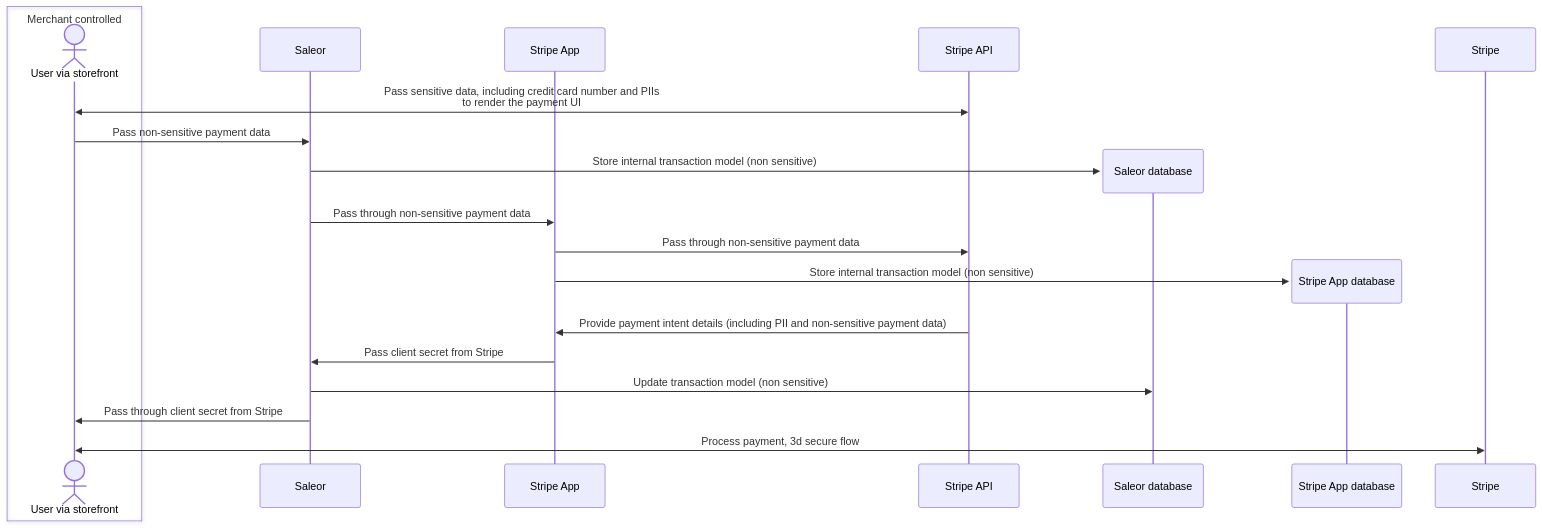
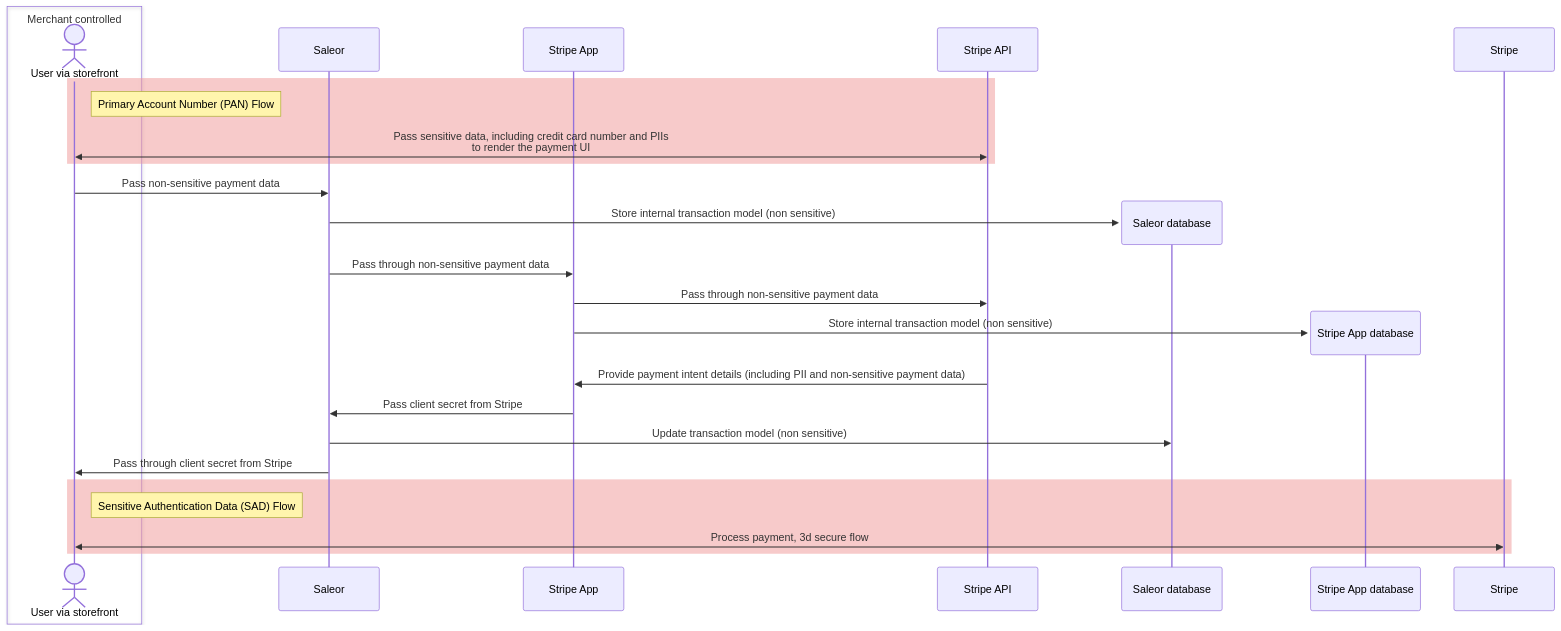
Before and after one commit to saleor/saleor-docs: the diagram in docs/developer/app-store/apps/stripe/pci-dss.mdx, drawn with Mermaid. The commit also changed other lines of this file, not shown here.

Commit message:
cr fixes

````diff
--- a/docs/developer/app-store/apps/stripe/pci-dss.mdx
+++ b/docs/developer/app-store/apps/stripe/pci-dss.mdx
@@ -9,25 +9,32 @@
 ```mermaid
 sequenceDiagram
     box Merchant controlled
     actor User via storefront
     end
     participant Saleor
     participant Stripe App
     participant Stripe API
 
+    rect rgba(240,150,150,0.5)
+        note right of User via storefront: Primary Account Number (PAN) Flow
+        User via storefront <<->> Stripe API: Pass sensitive data, including credit card number and PIIs<br/>to render the payment UI
+    end
 
-    User via storefront <<->> Stripe API: Pass sensitive data, including credit card number and PIIs<br/>to render the payment UI
     User via storefront ->> Saleor: Pass non-sensitive payment data
     create participant Saleor database
     Saleor ->> Saleor database: Store internal transaction model (non sensitive)
     Saleor ->> Stripe App: Pass through non-sensitive payment data
     Stripe App ->> Stripe API: Pass through non-sensitive payment data
     create participant Stripe App database
     Stripe App ->> Stripe App database: Store internal transaction model (non sensitive)
 
     Stripe API ->> Stripe App: Provide payment intent details (including PII and non-sensitive payment data)
     Stripe App ->> Saleor: Pass client secret from Stripe
     Saleor ->> Saleor database: Update transaction model (non sensitive)
     Saleor ->> User via storefront: Pass through client secret from Stripe
-    User via storefront <<->> Stripe: Process payment, 3d secure flow
+
+    rect rgba(240,150,150,0.5)
+        note right of User via storefront: Sensitive Authentication Data (SAD) Flow
+        User via storefront <<->> Stripe: Process payment, 3d secure flow
+    end
 ```
````
